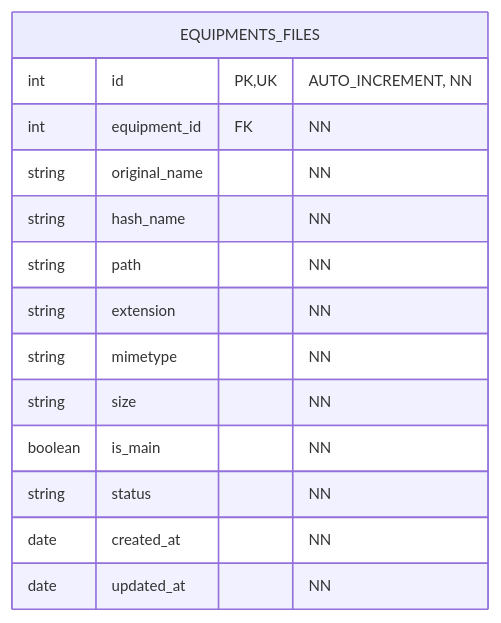
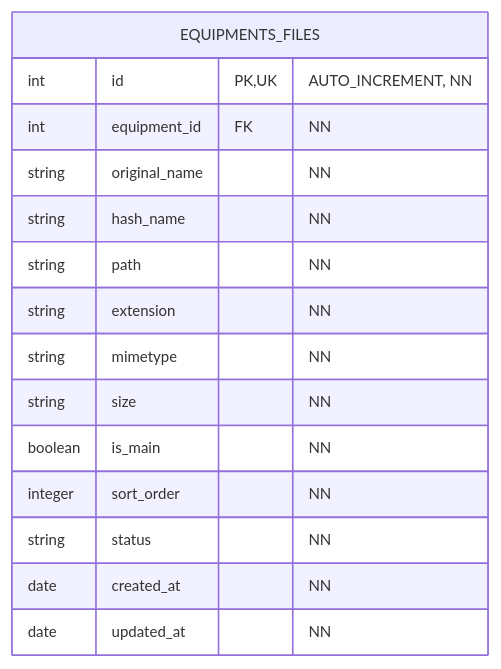
Diagram 33 of 36 in docs/db/db.md (Juandiego001/lab-dental), drawn with Mermaid before and after one commit. The commit also changed other lines of this file and 82 other files, not shown here.

````diff
--- a/docs/db/db.md
+++ b/docs/db/db.md
@@ -546,18 +610,19 @@
 ```mermaid
 %%{init: {'theme': 'default', 'themeVariables': { 'fontSize': '12px', 'entityPadding': '5' }}}%%
 erDiagram
     EQUIPMENTS_FILES {
         int id PK, UK "AUTO_INCREMENT, NN"
         int equipment_id FK "NN"
         string original_name "NN"
         string hash_name "NN"
         string path "NN"
         string extension "NN"
         string mimetype "NN"
         string size "NN"
         boolean is_main "NN"
+        integer sort_order "NN"
         string status "NN"
         date created_at "NN"
         date updated_at "NN"
     }
 ```
````
